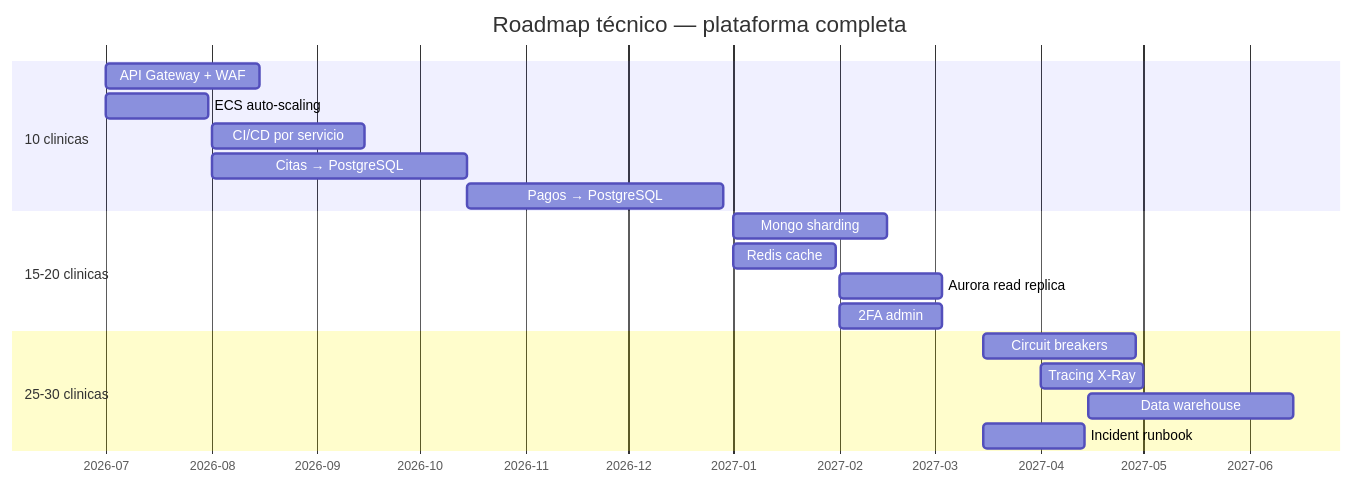
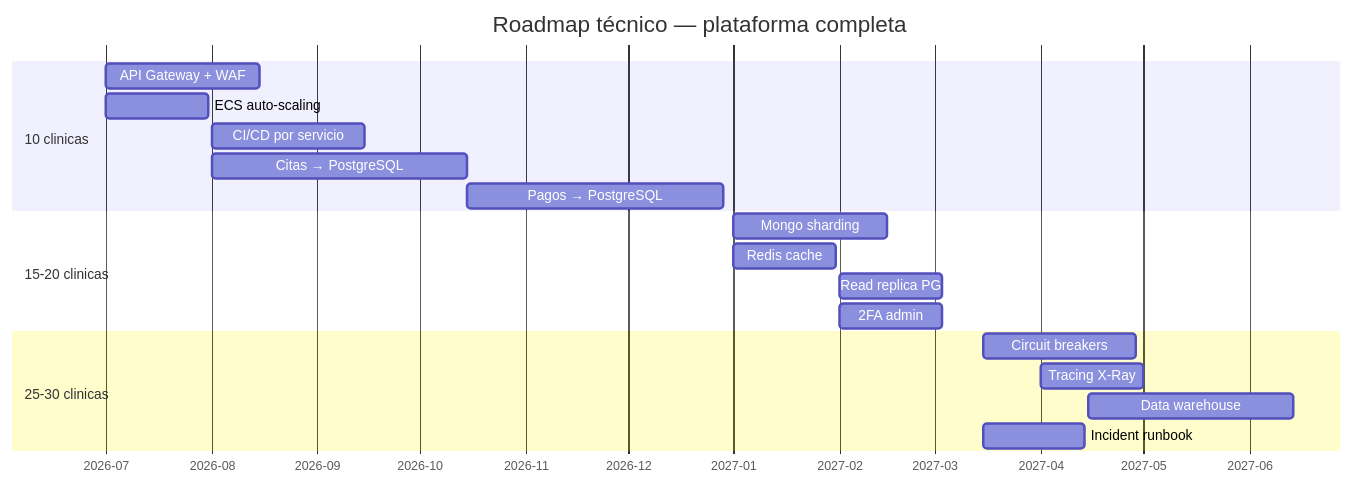
Diagram 22 of 22 in README.md (gmeono94/nua-salud-panel), drawn with Mermaid before and after one commit.

Commit message:
docs: shorten Aurora read replica label in roadmap gantt

````diff
--- a/README.md
+++ b/README.md
@@ -1095,25 +1095,25 @@
 ```mermaid
 gantt
     title Roadmap técnico — plataforma completa
     dateFormat YYYY-MM-DD
     axisFormat %Y-%m
 
     section 10 clinicas
     API Gateway + WAF     :2026-07-01, 45d
     ECS auto-scaling      :2026-07-01, 30d
     CI/CD por servicio    :2026-08-01, 45d
     Citas → PostgreSQL    :2026-08-01, 75d
     Pagos → PostgreSQL    :2026-10-15, 75d
 
     section 15-20 clinicas
     Mongo sharding        :2027-01-01, 45d
     Redis cache           :2027-01-01, 30d
-    Aurora read replica   :2027-02-01, 30d
+    Read replica PG       :2027-02-01, 30d
     2FA admin             :2027-02-01, 30d
 
     section 25-30 clinicas
     Circuit breakers      :2027-03-15, 45d
     Tracing X-Ray         :2027-04-01, 30d
     Data warehouse        :2027-04-15, 60d
     Incident runbook      :2027-03-15, 30d
 ```
````
